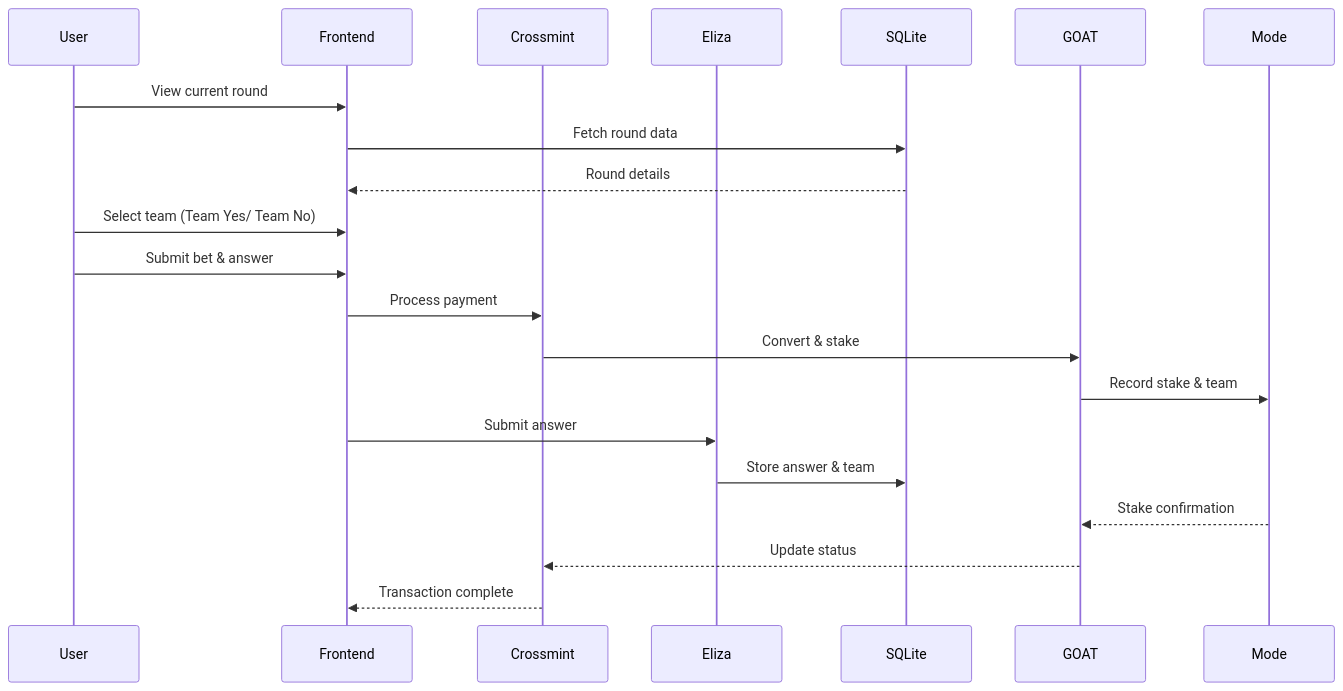
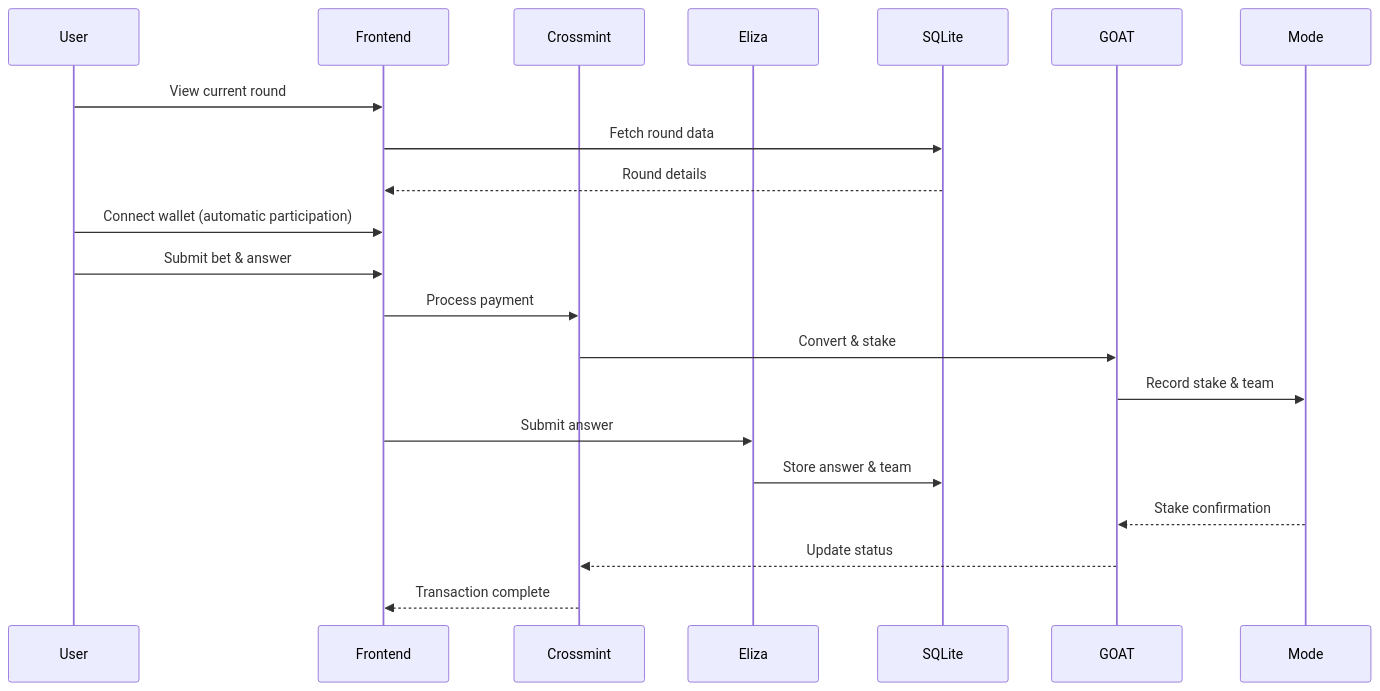
Before and after one commit to JasperGwyn/TheOraculoMode: the third of 4 diagrams in docs/system-flows.md, drawn with Mermaid. The commit also changed other lines of this file and 1 other file, not shown here.

Commit message:
userjouney y system flow update

````diff
--- a/docs/system-flows.md
+++ b/docs/system-flows.md
@@ -45,27 +47,27 @@
 ```mermaid
 sequenceDiagram
     participant User
     participant Frontend
     participant Crossmint
     participant Eliza
     participant SQLite
     participant GOAT
     participant Mode
 
     User->>Frontend: View current round
     Frontend->>SQLite: Fetch round data
     SQLite-->>Frontend: Round details
-    
-    User->>Frontend: Select team (Team Yes/ Team No)
+
+    User->>Frontend: Connect wallet (automatic participation)
     User->>Frontend: Submit bet & answer
     Frontend->>Crossmint: Process payment
     Crossmint->>GOAT: Convert & stake
     GOAT->>Mode: Record stake & team
-    
+
     Frontend->>Eliza: Submit answer
     Eliza->>SQLite: Store answer & team
-    
+
     Mode-->>GOAT: Stake confirmation
     GOAT-->>Crossmint: Update status
     Crossmint-->>Frontend: Transaction complete
 ```
````
